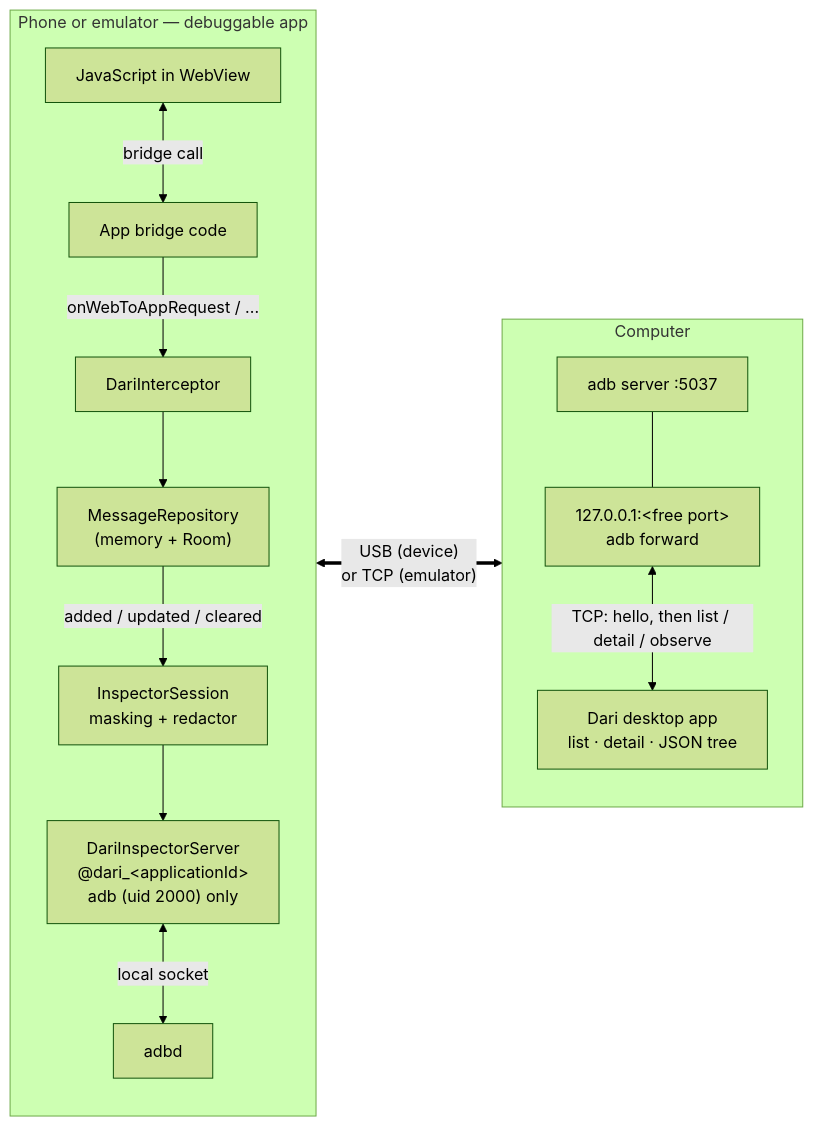
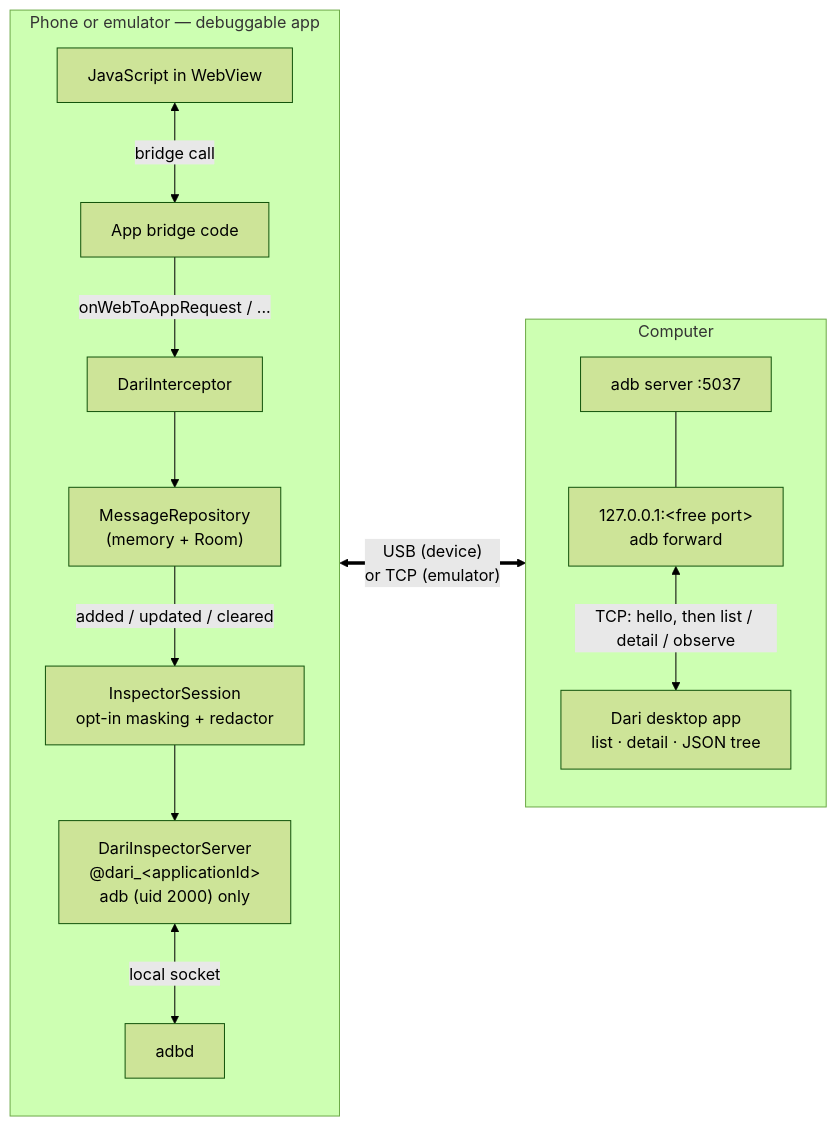
The fourth of 9 diagrams in docs/desktop-inspector-faq.md (easyhooon/dari), drawn with Mermaid (forest theme) before and after one commit. The commit also changed other lines of this file and 27 other files, not shown here.

````diff
--- a/docs/desktop-inspector-faq.md
+++ b/docs/desktop-inspector-faq.md
@@ -117,22 +117,22 @@
 ```mermaid
 flowchart LR
     subgraph phone["Phone or emulator — debuggable app"]
         direction TB
         js["JavaScript in WebView"] <-->|"bridge call"| bridge["App bridge code"]
         bridge -->|"onWebToAppRequest / ..."| icpt["DariInterceptor"]
         icpt --> repo["MessageRepository<br/>(memory + Room)"]
-        repo -->|"added / updated / cleared"| sess["InspectorSession<br/>masking + redactor"]
+        repo -->|"added / updated / cleared"| sess["InspectorSession<br/>opt-in masking + redactor"]
         sess --> srv["DariInspectorServer<br/>@dari_&lt;applicationId&gt;<br/>adb (uid 2000) only"]
         adbd["adbd"]
     end
     subgraph computer["Computer"]
         direction TB
         adbsrv["adb server :5037"]
         port["127.0.0.1:&lt;free port&gt;<br/>adb forward"]
         app["Dari desktop app<br/>list · detail · JSON tree"]
     end
     srv <-->|"local socket"| adbd
     adbd <==>|"USB (device)<br/>or TCP (emulator)"| adbsrv
     adbsrv --- port
     port <-->|"TCP: hello, then list / detail / observe"| app
 ```
````
